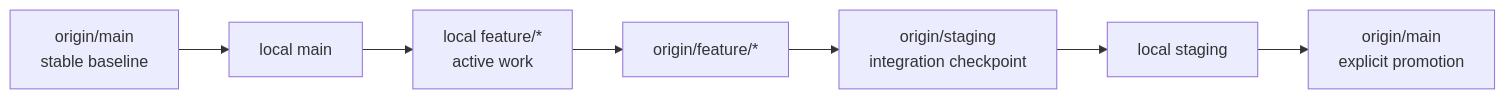
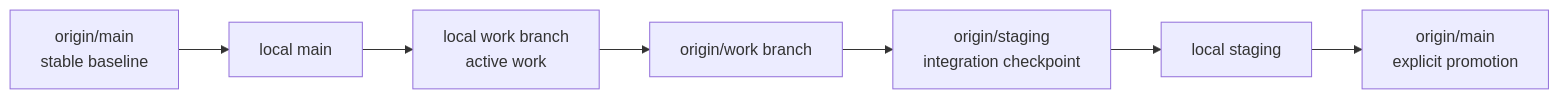
One commit to swinneyj/soc-plaform changed the first of 4 diagrams in docs/GIT_VISUAL_MAP.md. Above: the diagram before and after it, drawn with Mermaid. The commit also changed other lines of this file and 1 other file, not shown here.

````diff
--- a/docs/GIT_VISUAL_MAP.md
+++ b/docs/GIT_VISUAL_MAP.md
@@ -25,9 +25,9 @@
 ```mermaid
 flowchart LR
      A[origin/main<br/>stable baseline] --> B[local main]
-     B --> C[local feature/*<br/>active work]
-     C --> D[origin/feature/*]
+    B --> C[local work branch<br/>active work]
+    C --> D[origin/work branch]
      D --> E[origin/staging<br/>integration checkpoint]
      E --> F[local staging]
      F --> G[origin/main<br/>explicit promotion]
 ```
````
